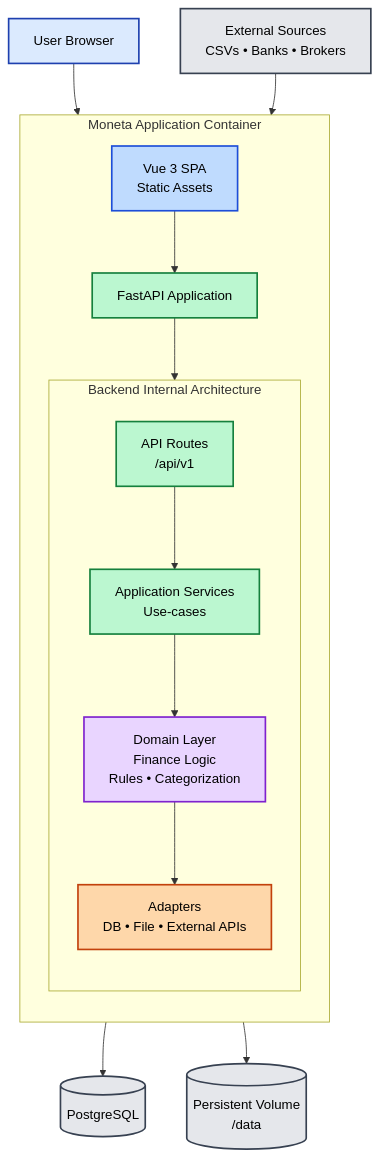
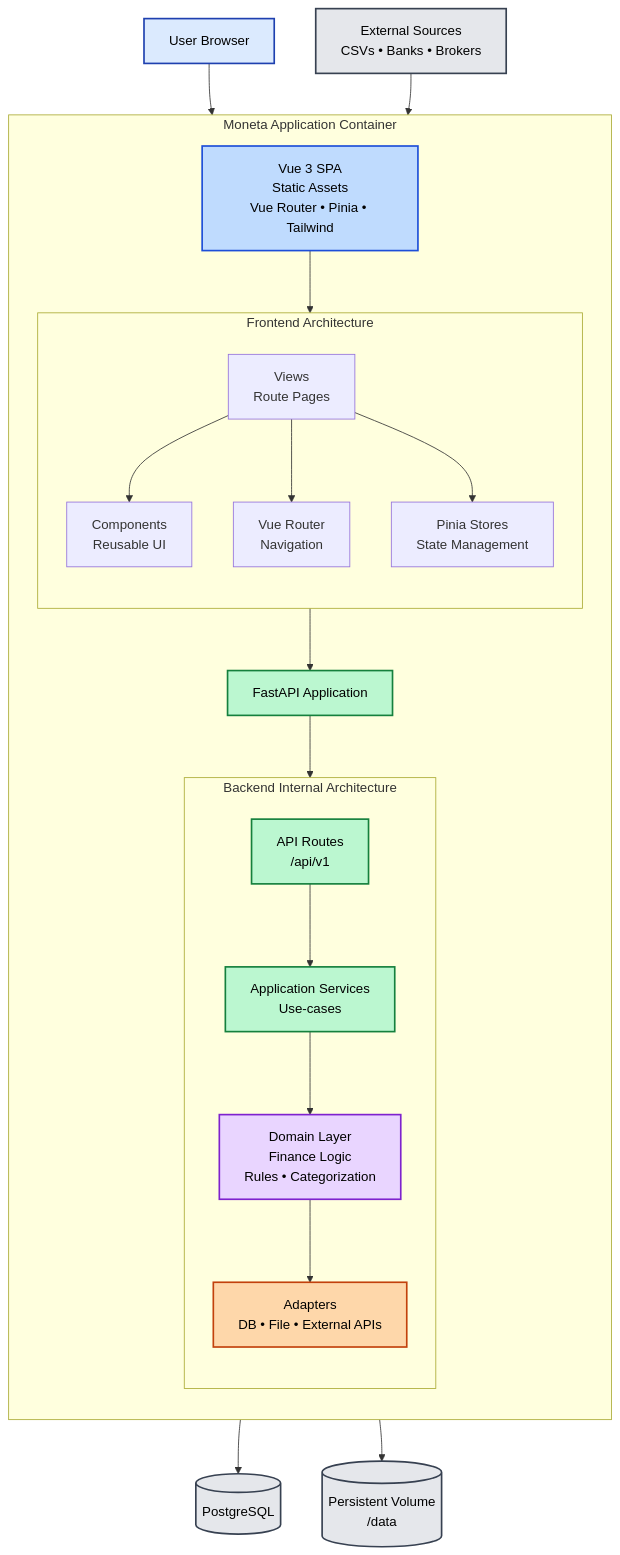
The diagram in moneta-management/Architecture/Moneta Code Architecture Document v0.1.md (KamilRAliyev/moneta-prototype), drawn with Mermaid before and after one commit. The commit also changed other lines of this file and 50 other files, not shown here.

First line of the commit message:
MON-8: Frontend Scaffold with AppShell and API Client (#7)

````diff
--- a/moneta-management/Architecture/Moneta Code Architecture Document v0.1.md
+++ b/moneta-management/Architecture/Moneta Code Architecture Document v0.1.md
@@ -87,55 +155,67 @@
 ```mermaid
 flowchart TB
     %% ========= Client =========
     User[User Browser]
 
     %% ========= Container =========
     subgraph C["Moneta Application Container"]
         direction TB
 
-        FE[Vue 3 SPA<br/>Static Assets]
+        FE[Vue 3 SPA<br/>Static Assets<br/>Vue Router • Pinia • Tailwind]
 
         API[FastAPI Application]
+
+        subgraph FL["Frontend Architecture"]
+            direction TB
+            Views[Views<br/>Route Pages]
+            Components[Components<br/>Reusable UI]
+            Router[Vue Router<br/>Navigation]
+            Stores[Pinia Stores<br/>State Management]
+        end
 
         subgraph BL["Backend Internal Architecture"]
             direction TB
             Routes[API Routes<br/>/api/v1]
             Services[Application Services<br/>Use-cases]
             Domain[Domain Layer<br/>Finance Logic<br/>Rules • Categorization]
             Adapters[Adapters<br/>DB • File • External APIs]
         end
 
-        FE --> API
-        API --> Routes
+    FE --> Views
+    Views --> Components
+    Views --> Router
+    Views --> Stores
+    Stores --> API
+    API --> Routes
         Routes --> Services
         Services --> Domain
         Domain --> Adapters
     end
 
     %% ========= Infrastructure =========
     DB[(PostgreSQL)]
     FS[(Persistent Volume<br/>/data)]
     Ext[External Sources<br/>CSVs • Banks • Brokers]
 
     %% ========= Connections =========
     User --> FE
     Adapters --> DB
     Adapters --> FS
     Ext --> Adapters
 
     %% ========= Styling =========
     classDef client fill:#dbeafe,stroke:#1e40af,stroke-width:2px,color:#000;
     classDef frontend fill:#bfdbfe,stroke:#1d4ed8,stroke-width:2px,color:#000;
     classDef api fill:#bbf7d0,stroke:#15803d,stroke-width:2px,color:#000;
     classDef domain fill:#e9d5ff,stroke:#7e22ce,stroke-width:2px,color:#000;
     classDef adapter fill:#fed7aa,stroke:#c2410c,stroke-width:2px,color:#000;
     classDef infra fill:#e5e7eb,stroke:#374151,stroke-width:2px,color:#000;
 
     %% ========= Class Assignment =========
     class User client
     class FE frontend
     class API,Routes,Services api
     class Domain domain
     class Adapters adapter
     class DB,FS,Ext infra
 ```
````
